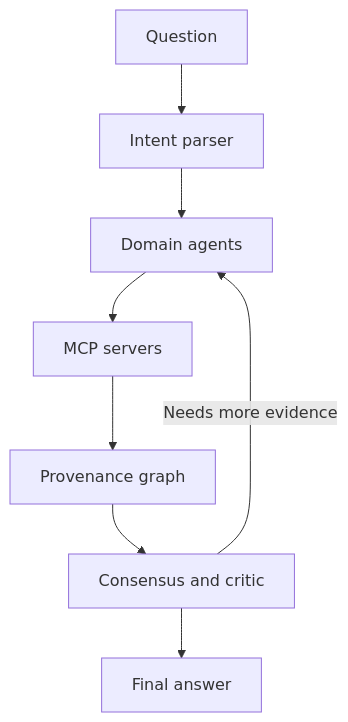
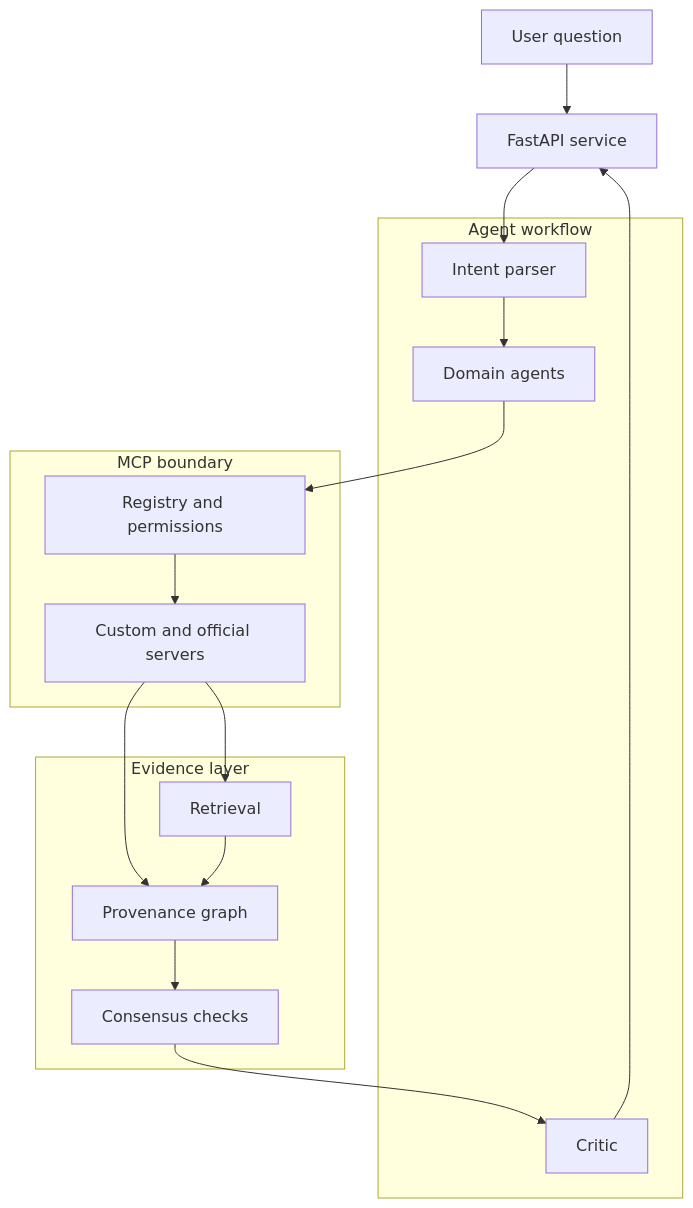
The diagram in README.md (haarikaalla/Astral-Graph), drawn with Mermaid before and after one commit. The commit also changed other lines of this file and 1 other file, not shown here.

Commit message:
Add README architecture diagram
Add rendered architecture diagrams to the README and architecture docs so newcomers can understand the request flow, MCP boundary, and evidence layer.

````diff
--- a/README.md
+++ b/README.md
@@ -24,10 +29,32 @@
 ```mermaid
 flowchart TD
-    Q["Question"] --> P["Intent parser"]
-    P --> A["Domain agents"]
-    A --> M["MCP servers"]
-    M --> G["Provenance graph"]
-    G --> C["Consensus and critic"]
-    C --> O["Final answer"]
-    C -->|Needs more evidence| A
+    User["User question"] --> API["FastAPI service"]
+
+    subgraph Workflow["Agent workflow"]
+        Parser["Intent parser"]
+        Agents["Domain agents"]
+        Critic["Critic"]
+    end
+
+    subgraph MCP["MCP boundary"]
+        Registry["Registry and permissions"]
+        Servers["Custom and official servers"]
+    end
+
+    subgraph Evidence["Evidence layer"]
+        RAG["Retrieval"]
+        Graph["Provenance graph"]
+        Consensus["Consensus checks"]
+    end
+
+    API --> Parser
+    Parser --> Agents
+    Agents --> Registry
+    Registry --> Servers
+    Servers --> RAG
+    Servers --> Graph
+    RAG --> Graph
+    Graph --> Consensus
+    Consensus --> Critic
+    Critic --> API
 ```
````
